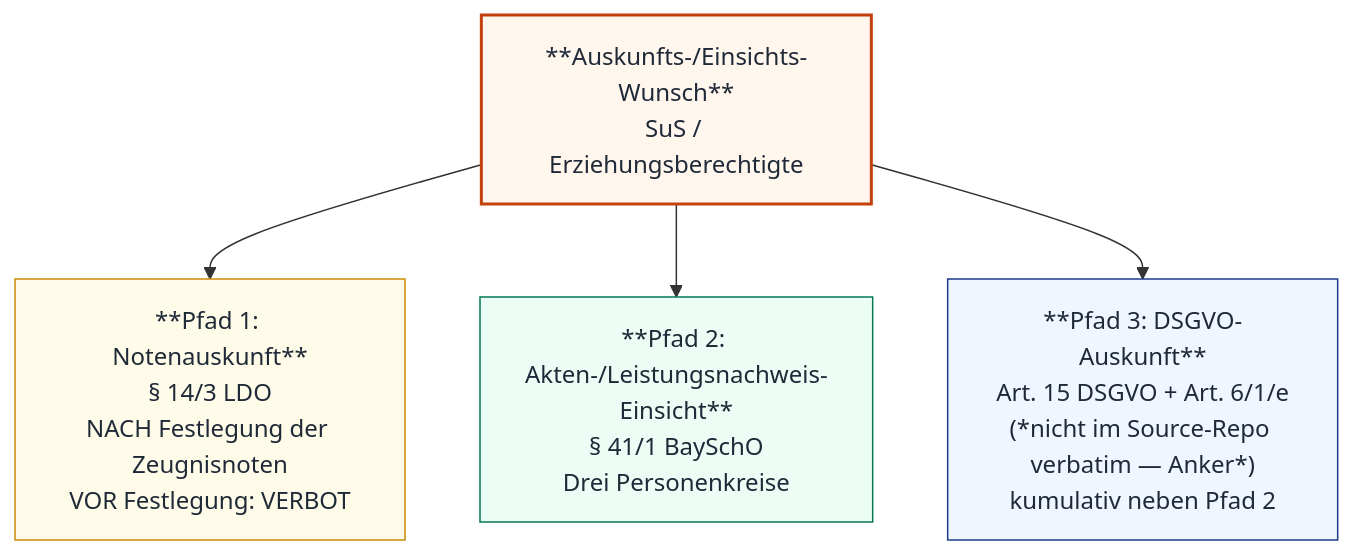
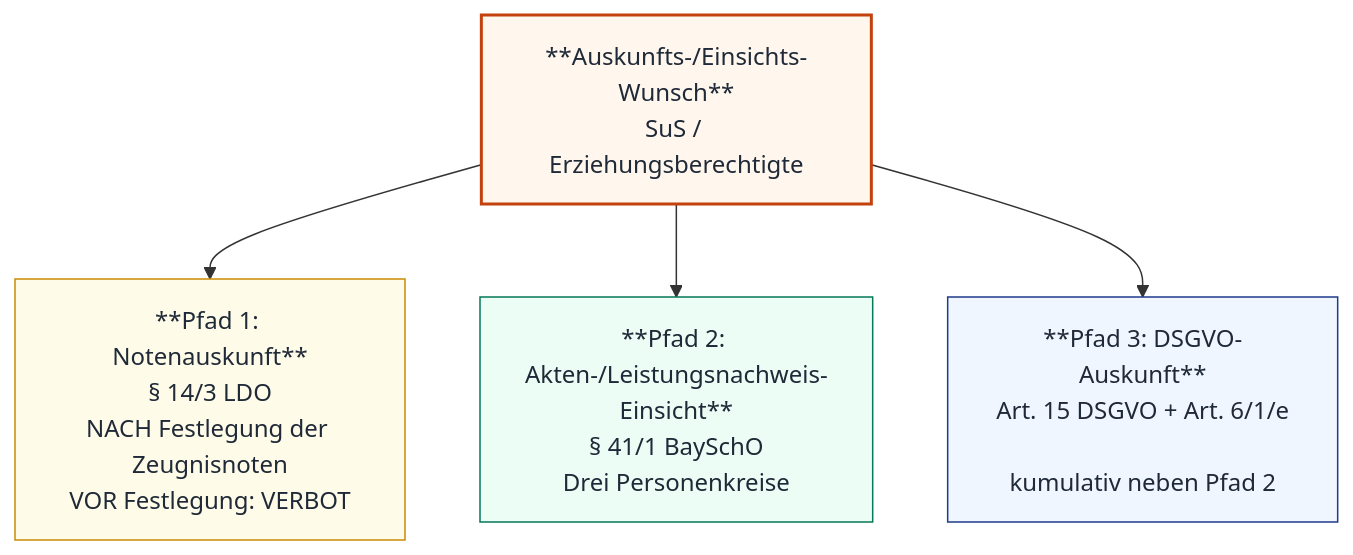
The third of 5 diagrams in _mkdocs/docs/mp09/index.md (snflsknfkldnfs/weitergehts-online), drawn with Mermaid before and after one commit. The commit also changed other lines of this file and 27 other files, not shown here.

````diff
--- a/_mkdocs/docs/mp09/index.md
+++ b/_mkdocs/docs/mp09/index.md
@@ -103,16 +94,16 @@
 ```mermaid
 flowchart TB
-    REQ["**Auskunfts-/Einsichts-Wunsch**<br/>SuS / Erziehungsberechtigte"]:::root
-    P1["**Pfad 1: Notenauskunft**<br/>§ 14/3 LDO<br/>NACH Festlegung der Zeugnisnoten<br/>VOR Festlegung: VERBOT"]:::p1
-    P2["**Pfad 2: Akten-/Leistungsnachweis-Einsicht**<br/>§ 41/1 BaySchO<br/>Drei Personenkreise"]:::p2
-    P3["**Pfad 3: DSGVO-Auskunft**<br/>Art. 15 DSGVO + Art. 6/1/e<br/>(*nicht im Source-Repo verbatim — Anker*)<br/>kumulativ neben Pfad 2"]:::p3
+ REQ["**Auskunfts-/Einsichts-Wunsch**<br/>SuS / Erziehungsberechtigte"]:::root
+ P1["**Pfad 1: Notenauskunft**<br/>§ 14/3 LDO<br/>NACH Festlegung der Zeugnisnoten<br/>VOR Festlegung: VERBOT"]:::p1
+ P2["**Pfad 2: Akten-/Leistungsnachweis-Einsicht**<br/>§ 41/1 BaySchO<br/>Drei Personenkreise"]:::p2
+ P3["**Pfad 3: DSGVO-Auskunft**<br/>Art. 15 DSGVO + Art. 6/1/e<br/> <br/>kumulativ neben Pfad 2"]:::p3
 
-    REQ --> P1
-    REQ --> P2
-    REQ --> P3
+ REQ --> P1
+ REQ --> P2
+ REQ --> P3
 
-    classDef root fill:#fff7ed,stroke:#c2410c,stroke-width:2px,color:#1f2937
-    classDef p1 fill:#fefce8,stroke:#ca8a04,color:#1f2937
-    classDef p2 fill:#ecfdf5,stroke:#047857,color:#1f2937
-    classDef p3 fill:#eff6ff,stroke:#1e3a8a,color:#1f2937
+ classDef root fill:#fff7ed,stroke:#c2410c,stroke-width:2px,color:#1f2937
+ classDef p1 fill:#fefce8,stroke:#ca8a04,color:#1f2937
+ classDef p2 fill:#ecfdf5,stroke:#047857,color:#1f2937
+ classDef p3 fill:#eff6ff,stroke:#1e3a8a,color:#1f2937
 ```
````
